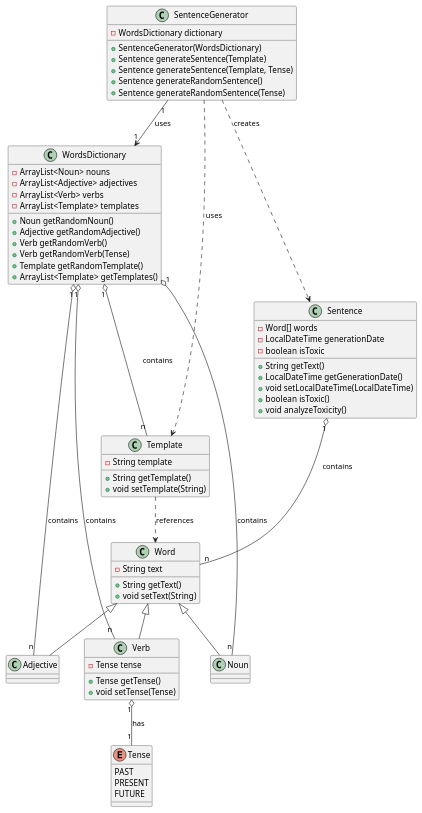
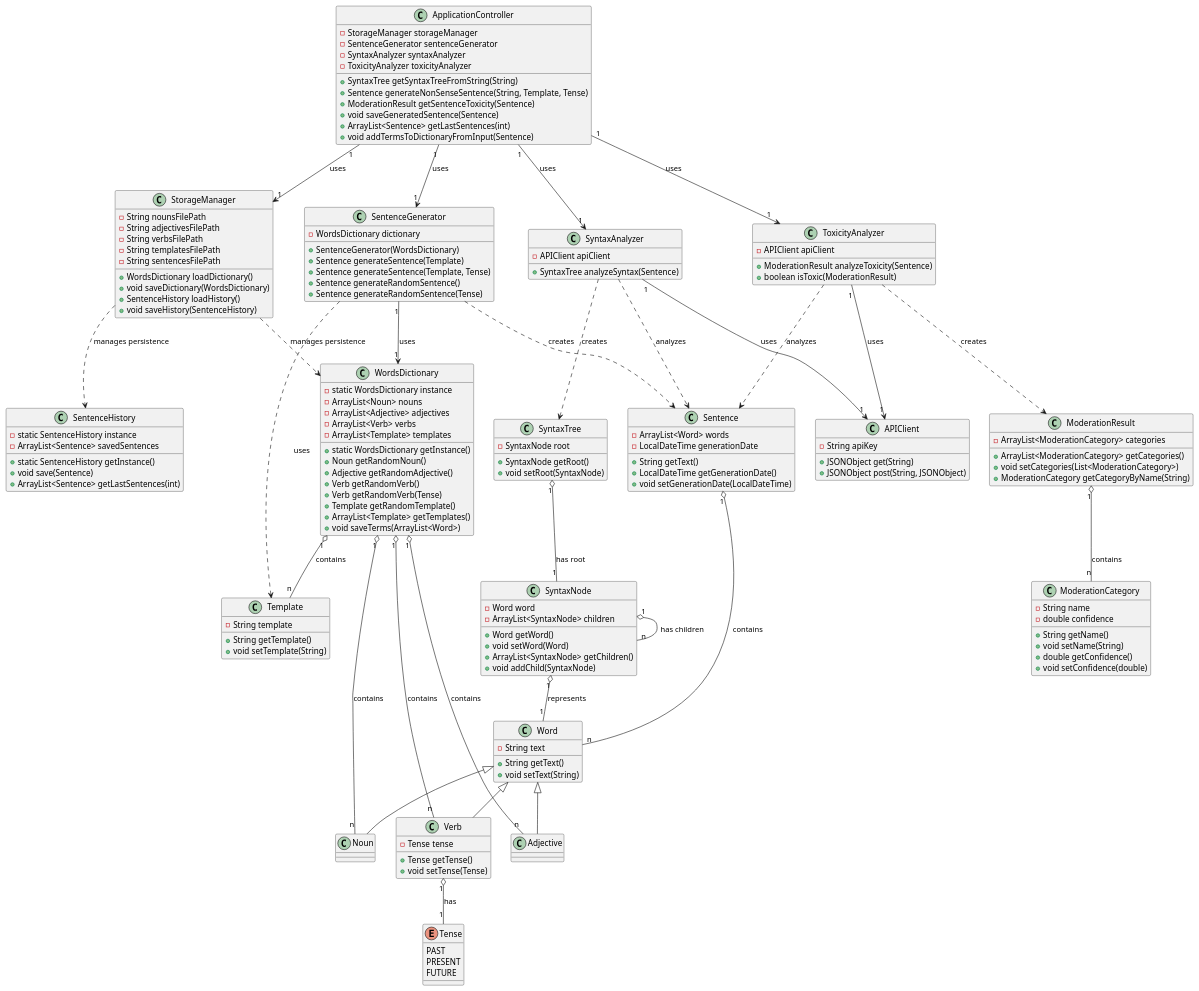
Before and after one commit to liamtoaldo/NonSenseGenerator: the diagram in docs/diagrams/classmodel.plantuml, drawn with PlantUML.

Commit message:
EDIT - Class Diagram finale

```diff
--- a/docs/diagrams/classmodel.plantuml
+++ b/docs/diagrams/classmodel.plantuml
@@ -1,85 +1,186 @@
 @startuml
 
 class Sentence {
-    -Word[] words
+    -ArrayList<Word> words
     -LocalDateTime generationDate
-    ' TODO: valutare come gestire la tossicità
-    -boolean isToxic
     +String getText()
-    ' TODO: capire dove mettere analyzeSyntax
     +LocalDateTime getGenerationDate()
-    +void setLocalDateTime(LocalDateTime)
-    +boolean isToxic()
-    +void analyzeToxicity()
+    +void setGenerationDate(LocalDateTime)
 }
 
 enum Tense {
     PAST
     PRESENT
     FUTURE
 }
 
 class Word {
     -String text
     +String getText()
     +void setText(String)
 }
 
 class Noun extends Word {
 }
 
 class Adjective extends Word {
 }
 
 class Verb extends Word {
     -Tense tense
     +Tense getTense()
     +void setTense(Tense)
 }
 
 class Template {
     -String template
     +String getTemplate()
     +void setTemplate(String)
 }
 
+' WordsDictionary usa Design Pattern: Singleton
 class WordsDictionary {
+    -static WordsDictionary instance
     -ArrayList<Noun> nouns
     -ArrayList<Adjective> adjectives
     -ArrayList<Verb> verbs
     -ArrayList<Template> templates
+    +static WordsDictionary getInstance()
     +Noun getRandomNoun()
     +Adjective getRandomAdjective()
     +Verb getRandomVerb()
     +Verb getRandomVerb(Tense)
     +Template getRandomTemplate()
     +ArrayList<Template> getTemplates()
+    +void saveTerms(ArrayList<Word>)
 }
 
+' SentenceHistory usa Design Pattern: Singleton
+class SentenceHistory {
+    -static SentenceHistory instance
+    -ArrayList<Sentence> savedSentences
+    +static SentenceHistory getInstance()
+    +void save(Sentence)
+    +ArrayList<Sentence> getLastSentences(int)
+}
+
+' SentenceGenerator usa Design Pattern: Factory Method
 class SentenceGenerator {
     -WordsDictionary dictionary
     +SentenceGenerator(WordsDictionary)
     +Sentence generateSentence(Template)
     +Sentence generateSentence(Template, Tense)
     +Sentence generateRandomSentence()
     +Sentence generateRandomSentence(Tense)
 }
 
-' TODO: aggiungere un sentence loader per la cronologia
-' TODO: Aggiungere SyntaxAnalyzer e ToxicityAnalyzer che si occupano delle chiamate API
+' StorageManager agisce come un Data Access Object (DAO) / Repository
+class StorageManager {
+    -String nounsFilePath
+    -String adjectivesFilePath
+    -String verbsFilePath
+    -String templatesFilePath
+    -String sentencesFilePath
+    +WordsDictionary loadDictionary()
+    +void saveDictionary(WordsDictionary)
+    +SentenceHistory loadHistory()
+    +void saveHistory(SentenceHistory)
+}
 
-' TODO: finire relazioni
+class APIClient {
+    -String apiKey
+    +JSONObject get(String)
+    +JSONObject post(String, JSONObject)
+}
+
+' SyntaxTree e SyntaxNode formano un pattern Composite
+class SyntaxTree {
+    -SyntaxNode root
+    +SyntaxNode getRoot()
+    +void setRoot(SyntaxNode)
+}
+
+class SyntaxNode {
+    -Word word
+    -ArrayList<SyntaxNode> children
+    +Word getWord()
+    +void setWord(Word)
+    +ArrayList<SyntaxNode> getChildren()
+    +void addChild(SyntaxNode)
+}
+
+class SyntaxAnalyzer {
+    -APIClient apiClient
+    +SyntaxTree analyzeSyntax(Sentence)
+}
+
+class ModerationCategory {
+    -String name
+    -double confidence
+    +String getName()
+    +void setName(String)
+    +double getConfidence()
+    +void setConfidence(double)
+}
+
+class ModerationResult {
+    -ArrayList<ModerationCategory> categories
+    +ArrayList<ModerationCategory> getCategories()
+    +void setCategories(List<ModerationCategory>)
+    +ModerationCategory getCategoryByName(String)
+}
+
+class ToxicityAnalyzer {
+    -APIClient apiClient
+    +ModerationResult analyzeToxicity(Sentence)
+    +boolean isToxic(ModerationResult)
+}
+
+' ApplicationController implementa il pattern Controller e il pattern Facade
+class ApplicationController {
+    -StorageManager storageManager
+    -SentenceGenerator sentenceGenerator
+    -SyntaxAnalyzer syntaxAnalyzer
+    -ToxicityAnalyzer toxicityAnalyzer
+    +SyntaxTree getSyntaxTreeFromString(String)
+    +Sentence generateNonSenseSentence(String, Template, Tense)
+    +ModerationResult getSentenceToxicity(Sentence)
+    +void saveGeneratedSentence(Sentence)
+    +ArrayList<Sentence> getLastSentences(int)
+    +void addTermsToDictionaryFromInput(Sentence)
+}
+
 Sentence "1" o-- "n" Word : contains 
 Verb "1" o-- "1" Tense : has 
 WordsDictionary "1" o-- "n" Noun : contains 
 WordsDictionary "1" o-- "n" Adjective : contains 
 WordsDictionary "1" o-- "n" Verb : contains 
 
 WordsDictionary "1" o-- "n" Template : contains 
 SentenceGenerator "1" --> "1" WordsDictionary : uses 
 SentenceGenerator ..> Template : uses 
 SentenceGenerator ..> Sentence : creates 
-' TODO: togliere(?)
-Template ..> Word : references 
+
+SyntaxAnalyzer "1" --> "1" APIClient : uses
+SyntaxAnalyzer ..> Sentence : analyzes
+SyntaxAnalyzer ..> SyntaxTree : creates
+
+ToxicityAnalyzer "1" --> "1" APIClient : uses
+ToxicityAnalyzer ..> Sentence : analyzes
+ToxicityAnalyzer ..> ModerationResult : creates
+
+StorageManager ..> WordsDictionary : manages persistence
+StorageManager ..> SentenceHistory : manages persistence
+
+ModerationResult "1" o-- "n" ModerationCategory : contains
+
+SyntaxTree "1" o-- "1" SyntaxNode : has root
+SyntaxNode "1" o-- "1" Word : represents
+SyntaxNode "1" o-- "n" SyntaxNode : has children
+
+ApplicationController "1" --> "1" StorageManager : uses
+ApplicationController "1" --> "1" SentenceGenerator : uses
+ApplicationController "1" --> "1" SyntaxAnalyzer : uses
+ApplicationController "1" --> "1" ToxicityAnalyzer : uses
 
 @enduml
```
